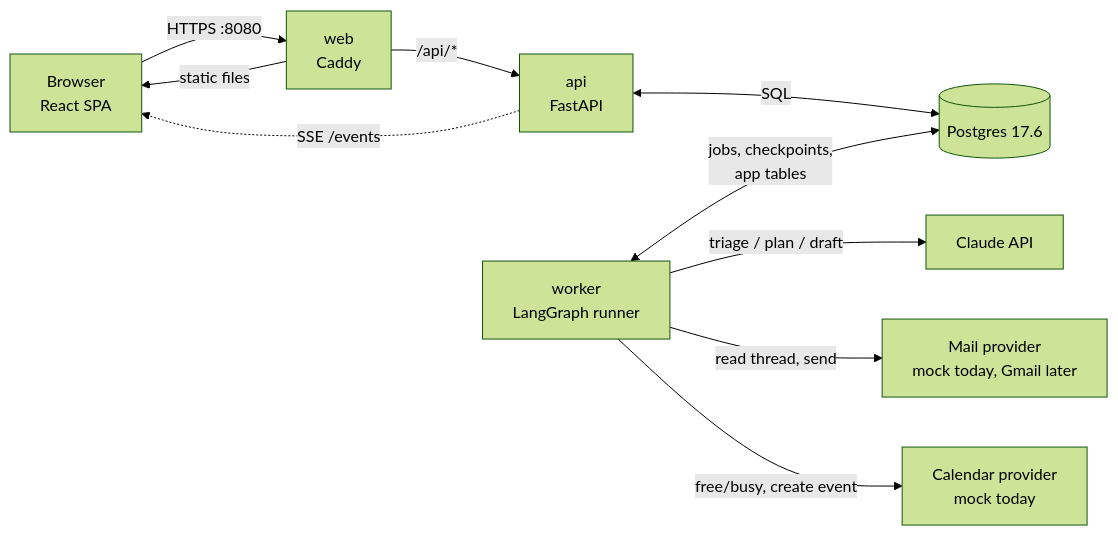
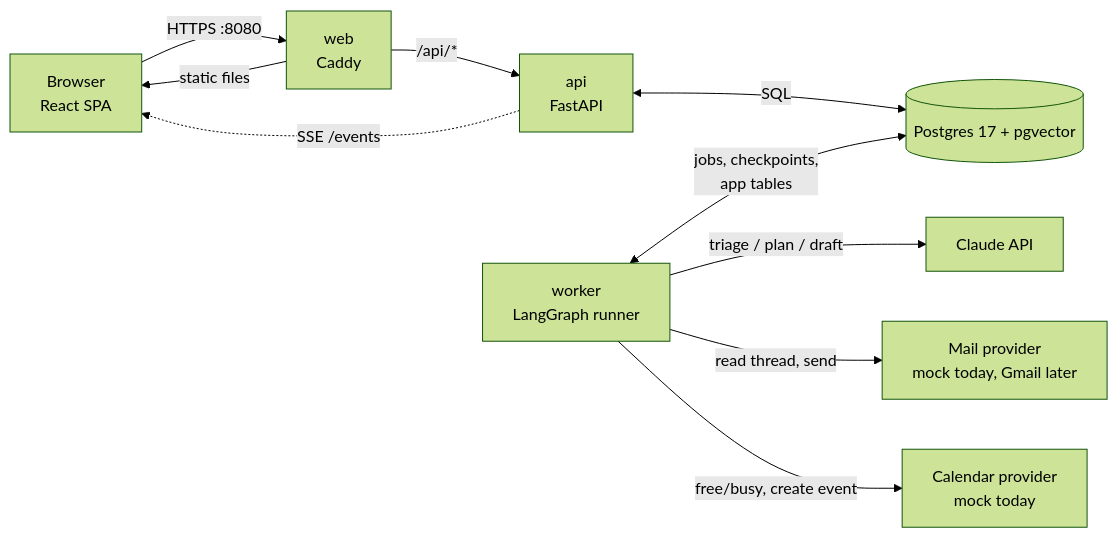
Before and after one commit to nikakakash/Personal-Email-Assistant: the first of 7 diagrams in docs/learn-langgraph.md, drawn with Mermaid (forest theme). The commit also changed 11 other files, not shown here.

First line of the commit message:
feat(retrieval): pgvector schema for the email-history index

````diff
--- a/docs/learn-langgraph.md
+++ b/docs/learn-langgraph.md
@@ -54,12 +54,12 @@
 ```mermaid
 flowchart LR
     B[Browser<br/>React SPA] -->|HTTPS :8080| W[web<br/>Caddy]
     W -->|/api/*| A[api<br/>FastAPI]
     W -->|static files| B
-    A <-->|SQL| DB[(Postgres 17.6)]
+    A <-->|SQL| DB[(Postgres 17 + pgvector)]
     K[worker<br/>LangGraph runner] <-->|jobs, checkpoints,<br/>app tables| DB
     K -->|triage / plan / draft| C[Claude API]
     K -->|read thread, send| M[Mail provider<br/>mock today, Gmail later]
     K -->|free/busy, create event| CAL[Calendar provider<br/>mock today]
     A -. SSE /events .-> B
 ```
````
